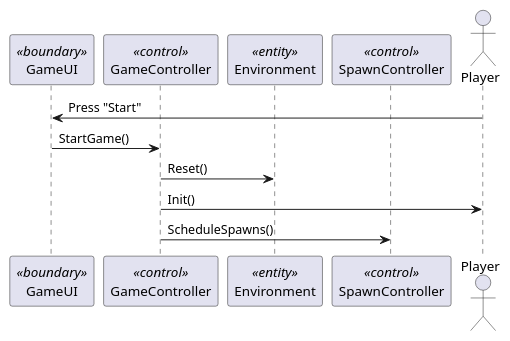
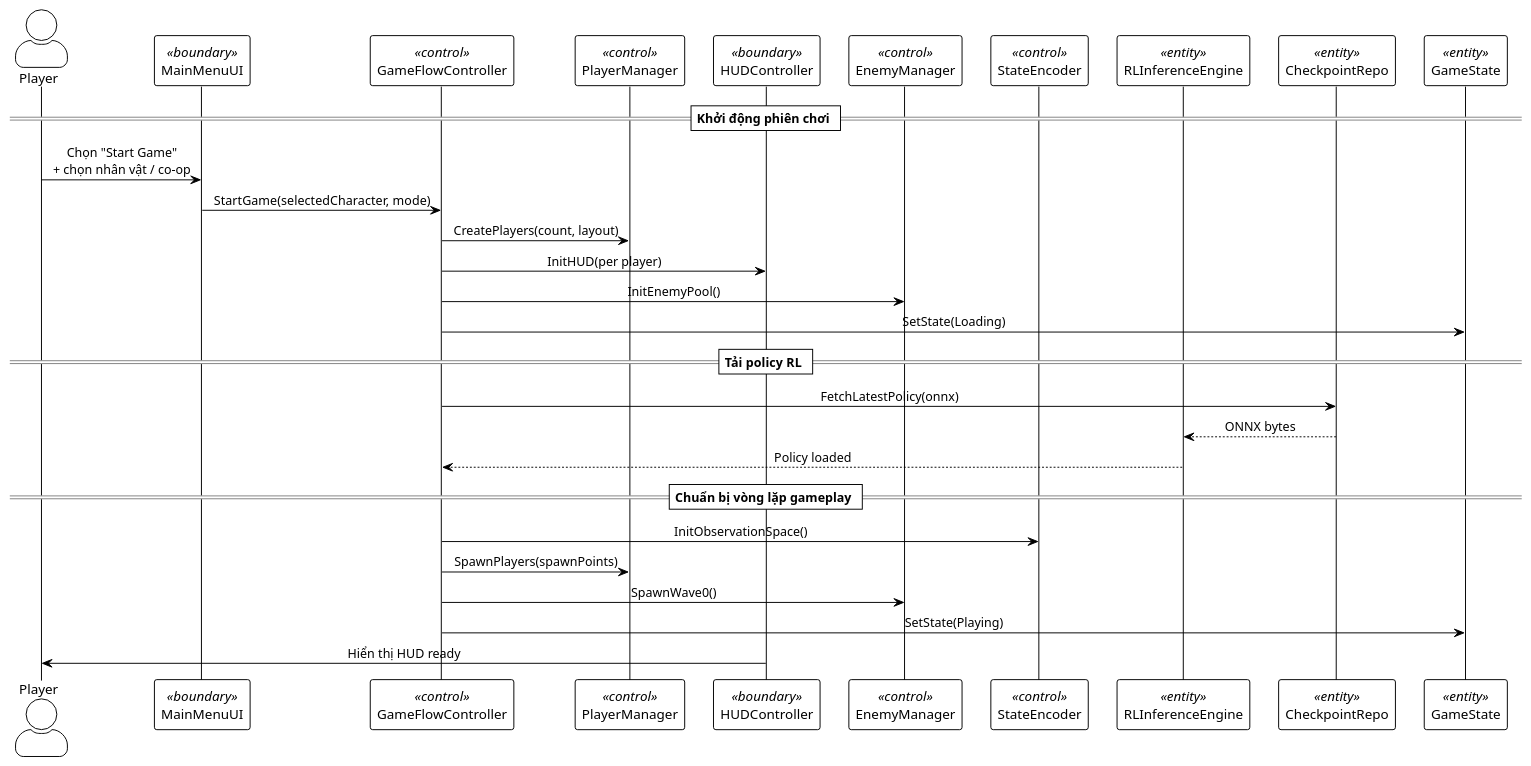
Before and after one commit to KhanhLvFlaZ/VampireSurvivors: the third of 9 diagrams in docs/2.2_Thiet_ke_he_thong.md, drawn with PlantUML. The commit also changed other lines of this file and 139 other files, not shown here.

First line of the commit message:
feat: Add use case diagrams for RL action inference and model training

````diff
--- a/docs/2.2_Thiet_ke_he_thong.md
+++ b/docs/2.2_Thiet_ke_he_thong.md
@@ -211,16 +211,40 @@
 ```plantuml
 @startuml
+!theme plain
+skinparam backgroundColor #FFFFFF
+skinparam actorStyle awesome
+skinparam sequenceMessageAlign center
+
 actor Player
-participant GameUI <<boundary>>
-participant GameController <<control>>
-participant Environment <<entity>>
-participant SpawnController <<control>>
-participant Player <<entity>>
 
-Player -> GameUI: Press "Start"
-GameUI -> GameController: StartGame()
-GameController -> Environment: Reset()
-GameController -> Player: Init()
-GameController -> SpawnController: ScheduleSpawns()
+participant MainMenuUI <<boundary>>
+participant GameFlowController <<control>>
+participant PlayerManager <<control>>
+participant HUDController <<boundary>>
+participant EnemyManager <<control>>
+participant StateEncoder <<control>>
+participant RLInferenceEngine <<entity>>
+participant CheckpointRepo <<entity>>
+participant GameState <<entity>>
+
+== Khởi động phiên chơi ==
+Player -> MainMenuUI: Chọn "Start Game"\n+ chọn nhân vật / co-op
+MainMenuUI -> GameFlowController: StartGame(selectedCharacter, mode)
+GameFlowController -> PlayerManager: CreatePlayers(count, layout)
+GameFlowController -> HUDController: InitHUD(per player)
+GameFlowController -> EnemyManager: InitEnemyPool()
+GameFlowController -> GameState: SetState(Loading)
+
+== Tải policy RL ==
+GameFlowController -> CheckpointRepo: FetchLatestPolicy(onnx)
+CheckpointRepo --> RLInferenceEngine: ONNX bytes
+RLInferenceEngine --> GameFlowController: Policy loaded
+
+== Chuẩn bị vòng lặp gameplay ==
+GameFlowController -> StateEncoder: InitObservationSpace()
+GameFlowController -> PlayerManager: SpawnPlayers(spawnPoints)
+GameFlowController -> EnemyManager: SpawnWave0()
+GameFlowController -> GameState: SetState(Playing)
+HUDController -> Player: Hiển thị HUD ready
 @enduml
 ```
````
